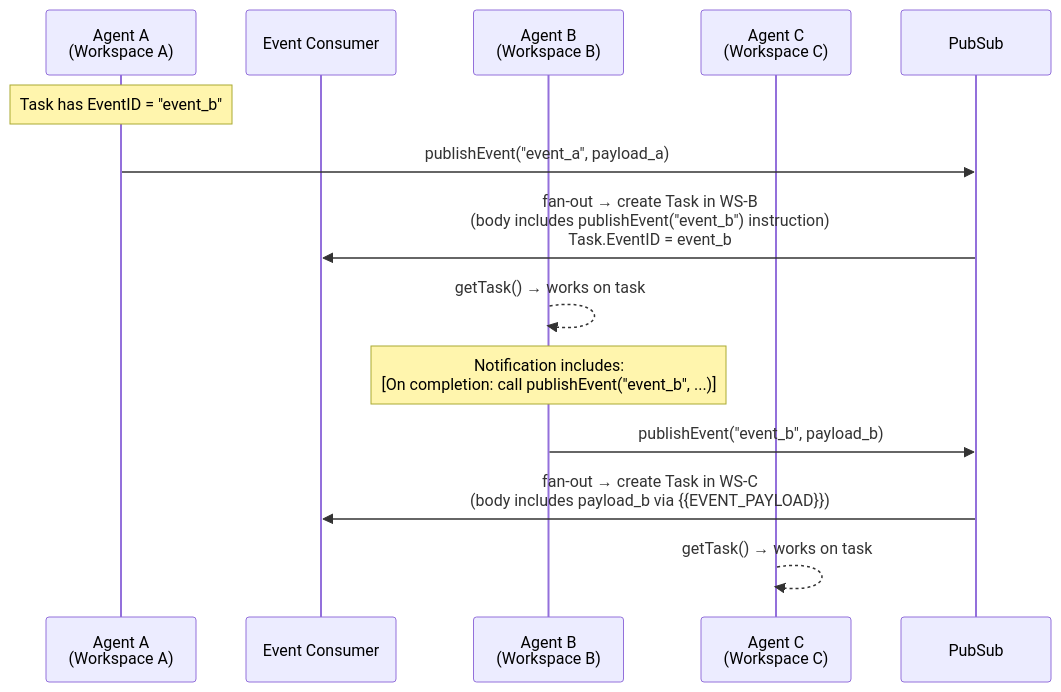
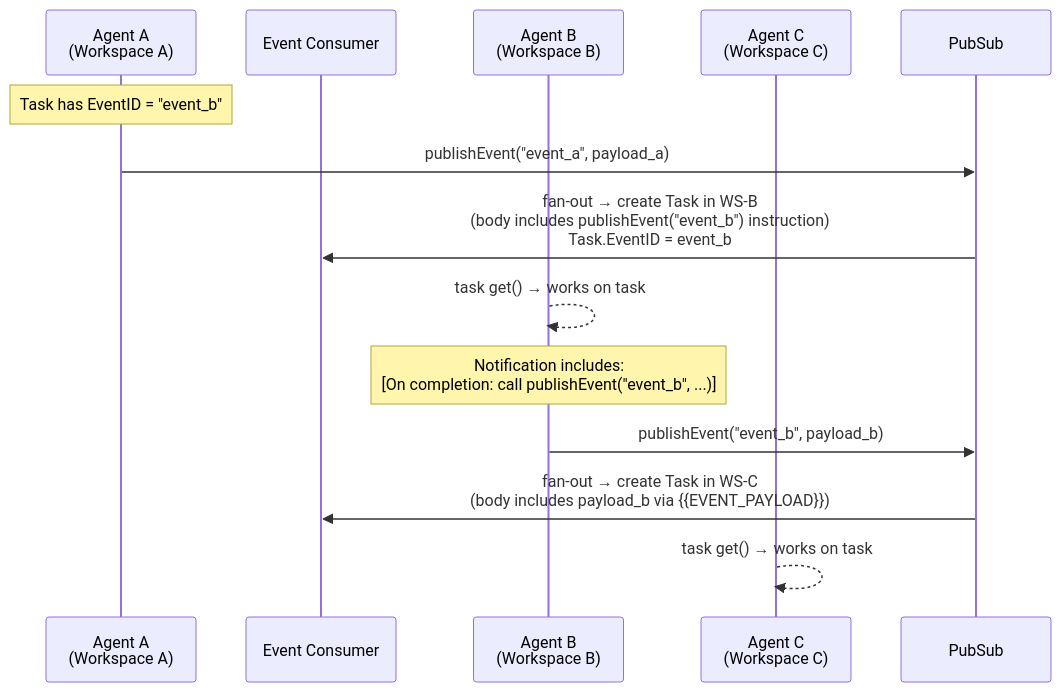
The second of 2 diagrams in ARCHITECTURE.md (agentrq/agentrq), drawn with Mermaid before and after one commit. The commit also changed other lines of this file and 80 other files, not shown here.

````diff
--- a/ARCHITECTURE.md
+++ b/ARCHITECTURE.md
@@ -383,19 +367,19 @@
 ```mermaid
 sequenceDiagram
     participant A as Agent A<br/>(Workspace A)
     participant EC as Event Consumer
     participant B as Agent B<br/>(Workspace B)
     participant C as Agent C<br/>(Workspace C)
     participant PS as PubSub
 
     Note over A: Task has EventID = "event_b"
     A->>PS: publishEvent("event_a", payload_a)
     PS->>EC: fan-out → create Task in WS-B<br/>(body includes publishEvent("event_b") instruction)<br/>Task.EventID = event_b
 
-    B-->>B: getTask() → works on task
+    B-->>B: task get() → works on task
     Note over B: Notification includes:<br/>[On completion: call publishEvent("event_b", ...)]
     B->>PS: publishEvent("event_b", payload_b)
 
     PS->>EC: fan-out → create Task in WS-C<br/>(body includes payload_b via {{EVENT_PAYLOAD}})
-    C-->>C: getTask() → works on task
+    C-->>C: task get() → works on task
 ```
````
